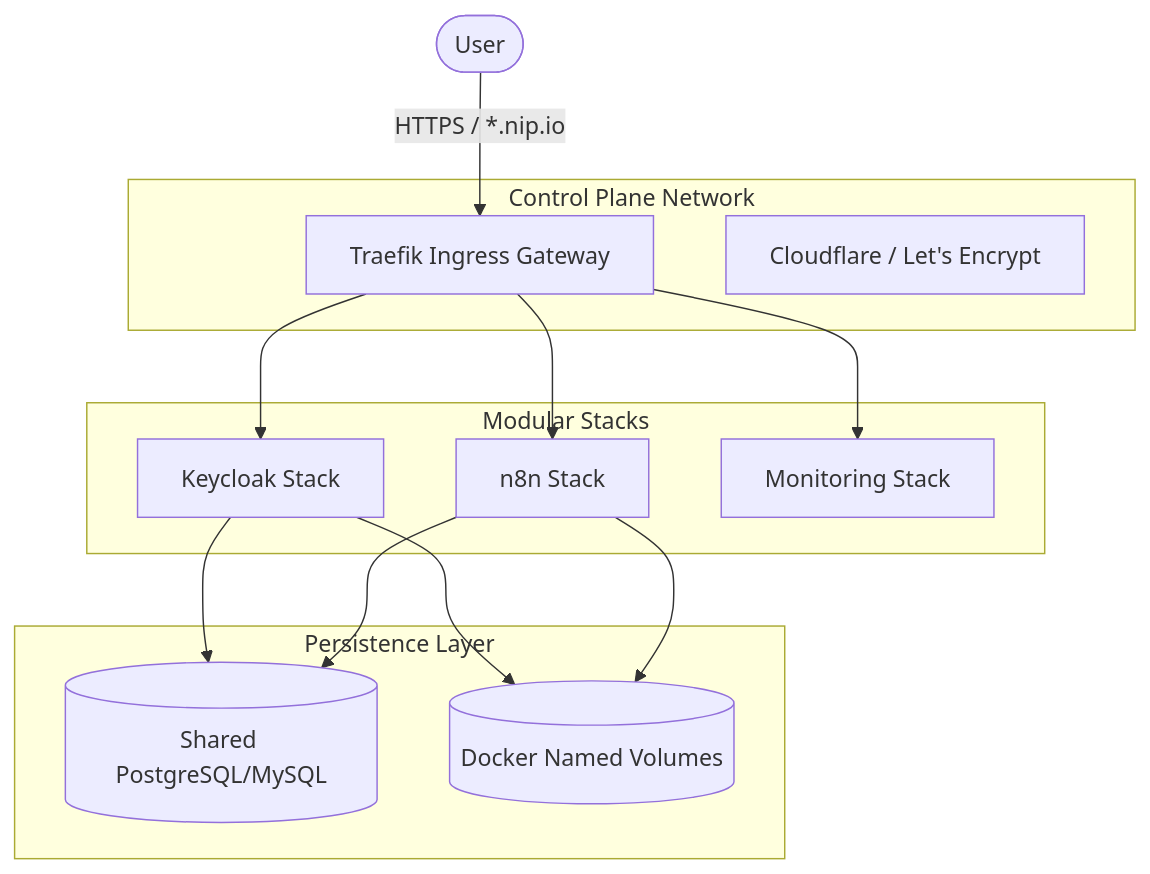
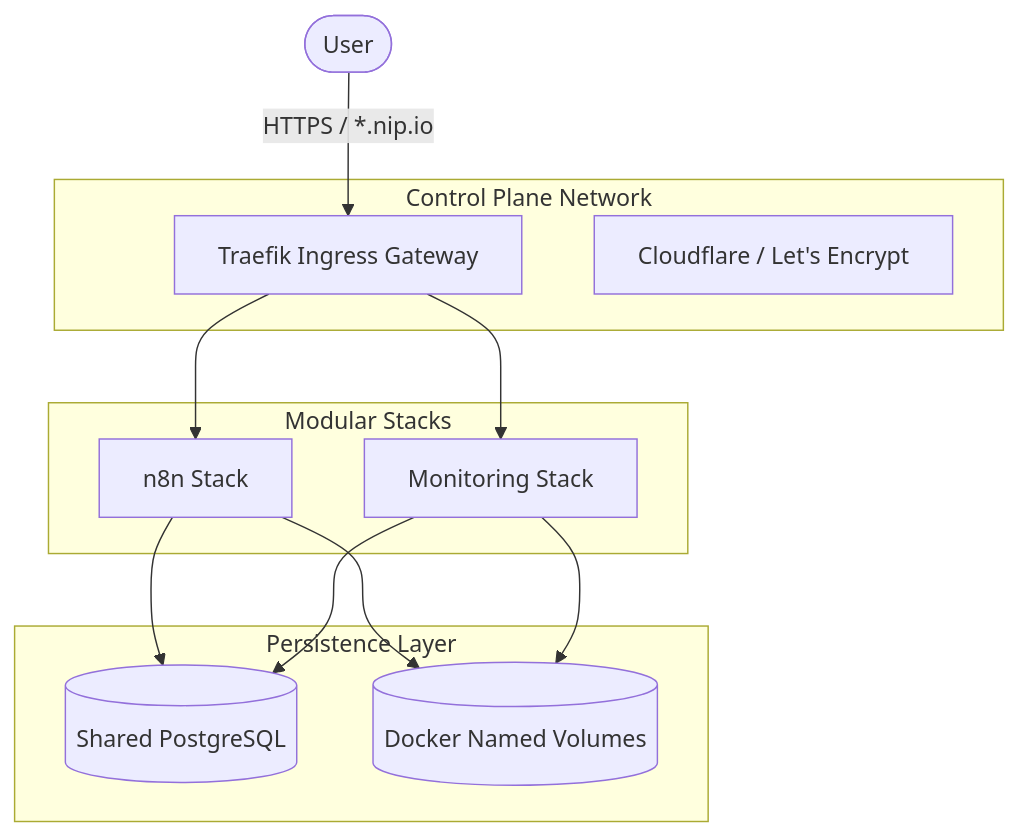
Before and after one commit to chinmaymjog/cloudops-sandbox: the diagram in docs/posts/cloudops-sandbox-article.md, drawn with Mermaid. The commit also changed other lines of this file and 30 other files, not shown here.

````diff
--- a/docs/posts/cloudops-sandbox-article.md
+++ b/docs/posts/cloudops-sandbox-article.md
@@ -20,30 +20,28 @@
 ```mermaid
 graph TD
     User([User]) -->|HTTPS / *.nip.io| Traefik[Traefik Ingress Gateway]
     
     subgraph "Control Plane Network"
         Traefik
         DNS[Cloudflare / Let's Encrypt]
     end
 
     subgraph "Modular Stacks"
-        App1[Keycloak Stack]
-        App2[n8n Stack]
-        App3[Monitoring Stack]
+        App1[n8n Stack]
+        App2[Monitoring Stack]
     end
 
     subgraph "Persistence Layer"
-        DB[(Shared PostgreSQL/MySQL)]
+        DB[(Shared PostgreSQL)]
         Vol[(Docker Named Volumes)]
     end
 
     Traefik --> App1
     Traefik --> App2
-    Traefik --> App3
     
     App1 --> DB
     App2 --> DB
     
     App1 --> Vol
     App2 --> Vol
 ```
````
